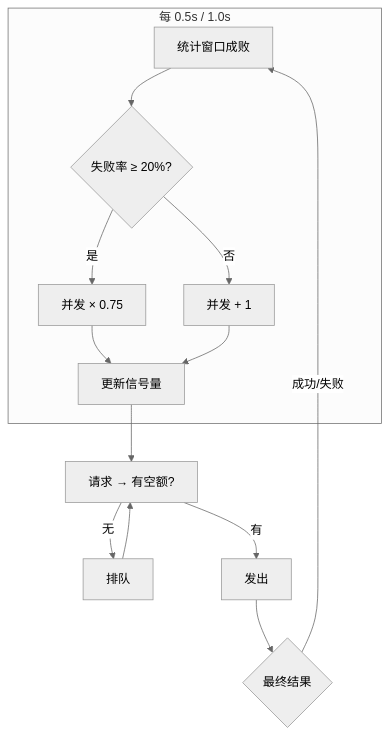
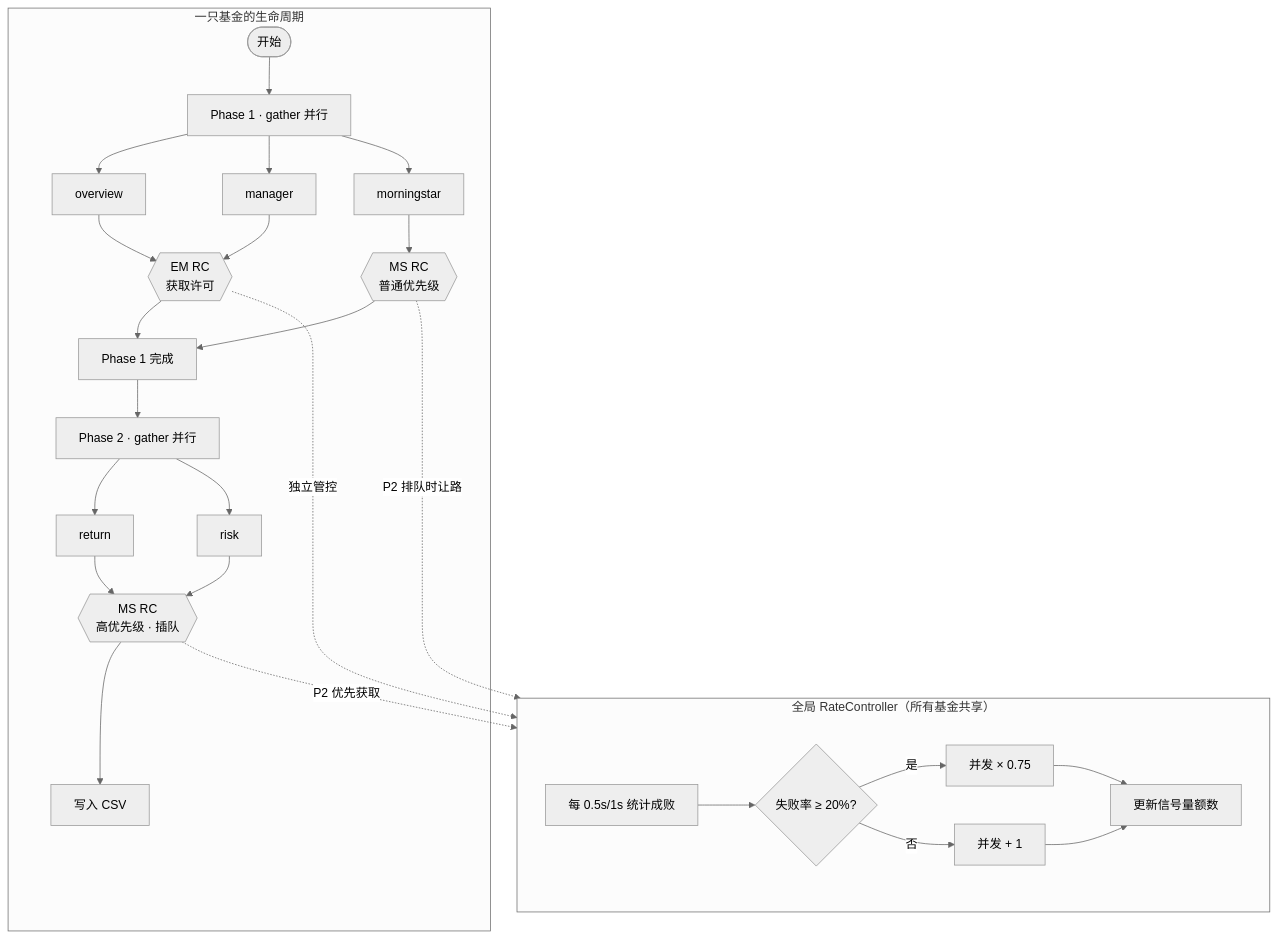
The second of 2 diagrams in README.md (Jerry1014/FundCrawler), drawn with Mermaid (neutral theme) before and after one commit. The commit also changed other lines of this file and 3 other files, not shown here.

````diff
--- a/README.md
+++ b/README.md
@@ -68,16 +77,29 @@
 ```mermaid
-flowchart TD
-    subgraph 调整循环["每 0.5s / 1.0s"]
-        A[统计窗口成败] --> B{失败率 ≥ 20%?}
-        B -- 是 --> C[并发 × 0.75]
-        B -- 否 --> D[并发 + 1]
-        C --> E[更新信号量]
-        D --> E
+flowchart TB
+    subgraph fund["一只基金的生命周期"]
+        start([开始]) --> p1[Phase 1 · gather 并行]
+        p1 --> ov[overview] & mg[manager] & ms[morningstar]
+        ov --> em1{{EM RC<br/>获取许可}}
+        mg --> em1
+        ms --> ms1{{MS RC<br/>普通优先级}}
+        em1 --> p1done[Phase 1 完成]
+        ms1 --> p1done
+        p1done --> p2[Phase 2 · gather 并行]
+        p2 --> ret[return] & risk[risk]
+        ret --> ms2{{MS RC<br/>高优先级 · 插队}}
+        risk --> ms2
+        ms2 --> write[写入 CSV]
     end
-    E --> F[请求 → 有空额?]
-    F -- 无 --> G[排队]
-    G --> F
-    F -- 有 --> H[发出]
-    H --> I{最终结果}
-    I -- 成功/失败 --> A
+
+    subgraph rc["全局 RateController（所有基金共享）"]
+        loop["每 0.5s/1s 统计成败"] --> adj{失败率 ≥ 20%?}
+        adj -- 是 --> dec[并发 × 0.75]
+        adj -- 否 --> inc[并发 + 1]
+        dec --> limit[更新信号量额数]
+        inc --> limit
+    end
+
+    ms2 -.->|P2 优先获取| rc
+    ms1 -.->|P2 排队时让路| rc
+    em1 -.->|独立管控| rc
 ```
````
